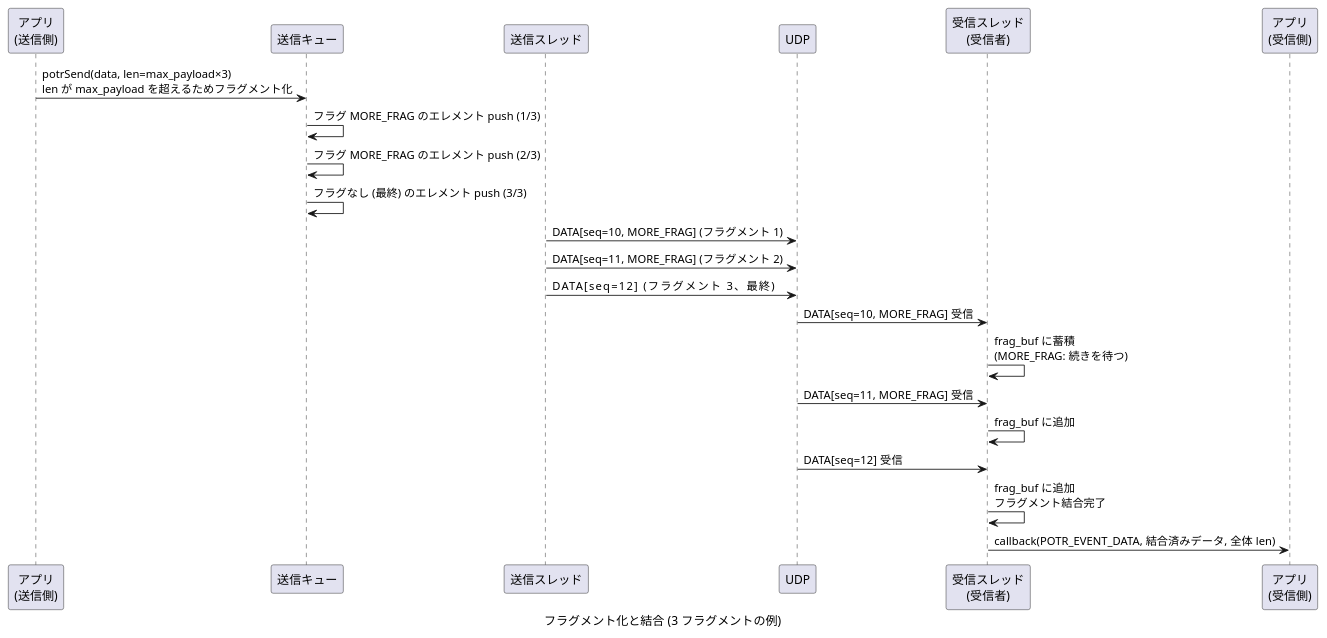
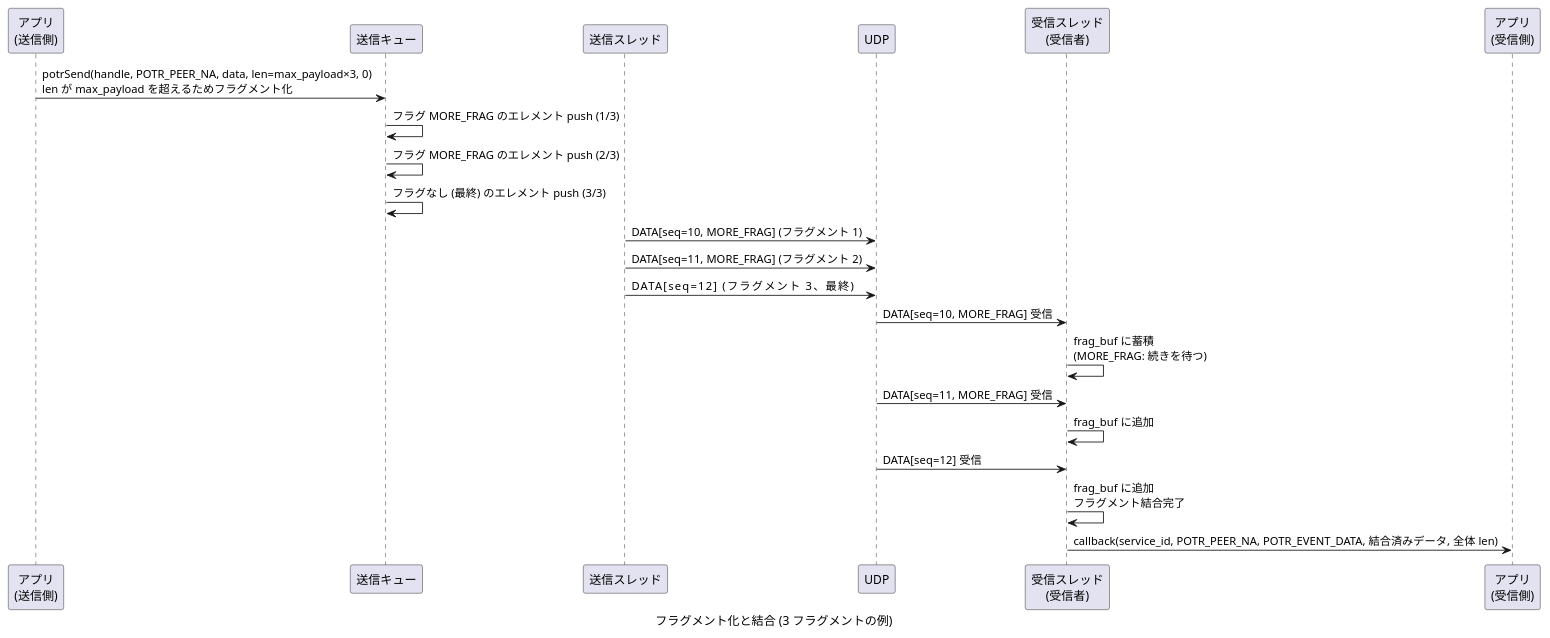
The fifth of 20 diagrams in prod/porter/docs/sequence.md (Hondarer/c-modernization-kit), drawn with PlantUML before and after one commit. The commit also changed other lines of this file and 13 other files, not shown here.

````diff
--- a/prod/porter/docs/sequence.md
+++ b/prod/porter/docs/sequence.md
@@ -153,34 +153,34 @@
 ```plantuml
 @startuml フラグメント化と結合 (3 フラグメントの例)
 caption フラグメント化と結合 (3 フラグメントの例)
 
 participant "アプリ\n(送信側)" as SAPP
 participant "送信キュー" as Q
 participant "送信スレッド" as ST
 participant "UDP" as UDP
 participant "受信スレッド\n(受信者)" as RRT
 participant "アプリ\n(受信側)" as RAPP
 
-SAPP -> Q: potrSend(data, len=max_payload×3)\nlen が max_payload を超えるためフラグメント化
+SAPP -> Q: potrSend(handle, POTR_PEER_NA, data, len=max_payload×3, 0)\nlen が max_payload を超えるためフラグメント化
 
 Q -> Q: フラグ MORE_FRAG のエレメント push (1/3)
 Q -> Q: フラグ MORE_FRAG のエレメント push (2/3)
 Q -> Q: フラグなし (最終) のエレメント push (3/3)
 
 ST -> UDP: DATA[seq=10, MORE_FRAG] (フラグメント 1)
 ST -> UDP: DATA[seq=11, MORE_FRAG] (フラグメント 2)
 ST -> UDP: DATA[seq=12]           (フラグメント 3、最終)
 
 UDP -> RRT: DATA[seq=10, MORE_FRAG] 受信
 RRT -> RRT: frag_buf に蓄積\n(MORE_FRAG: 続きを待つ)
 
 UDP -> RRT: DATA[seq=11, MORE_FRAG] 受信
 RRT -> RRT: frag_buf に追加
 
 UDP -> RRT: DATA[seq=12] 受信
 RRT -> RRT: frag_buf に追加\nフラグメント結合完了
 
-RRT -> RAPP: callback(POTR_EVENT_DATA, 結合済みデータ, 全体 len)
+RRT -> RAPP: callback(service_id, POTR_PEER_NA, POTR_EVENT_DATA, 結合済みデータ, 全体 len)
 
 @enduml
 ```
````
